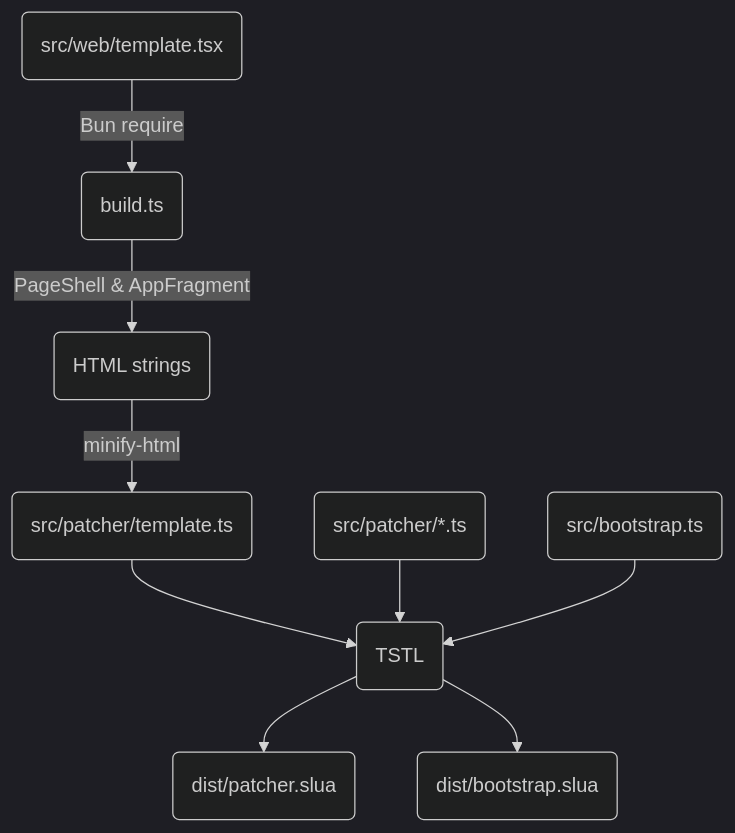
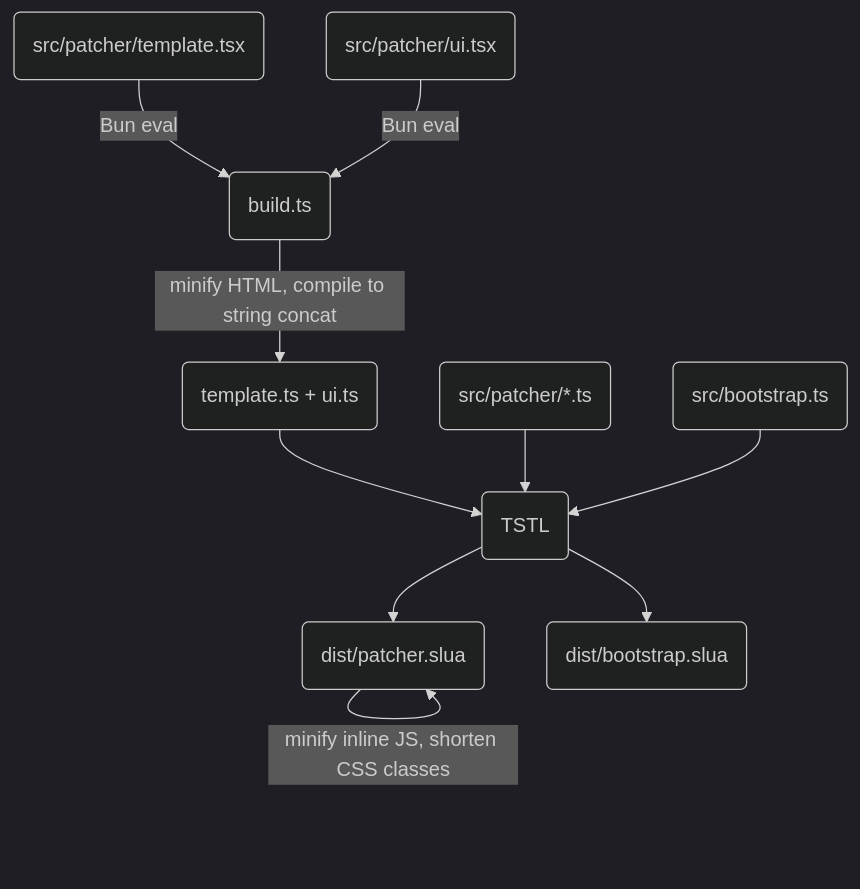
Before and after one commit to gwigz/slua-derez-patcher: the second of 3 diagrams in README.md, drawn with Mermaid (dark theme). The commit also changed other lines of this file and 23 other files, not shown here.

````diff
--- a/README.md
+++ b/README.md
@@ -112,11 +109,12 @@
 ```mermaid
 flowchart TD
-    A(src/web/template.tsx) -->|Bun require| B(build.ts)
-    B -->|PageShell & AppFragment| C(HTML strings)
-    C -->|minify-html| D(src/patcher/template.ts)
+    A(src/patcher/template.tsx) -->|Bun eval| B(build.ts)
+    C(src/patcher/ui.tsx) -->|Bun eval| B
+    B -->|minify HTML, compile to string concat| D(template.ts + ui.ts)
     D --> E(TSTL)
     F(src/patcher/*.ts) --> E
     G(src/bootstrap.ts) --> E
     E --> H(dist/patcher.slua)
     E --> I(dist/bootstrap.slua)
+    H -->|minify inline JS, shorten CSS classes| H
 ```
````
